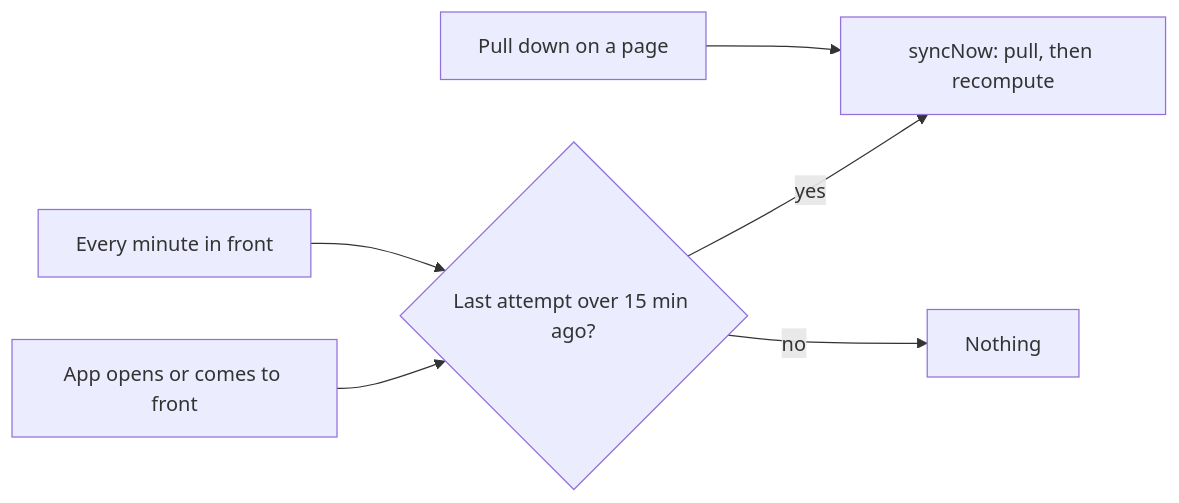
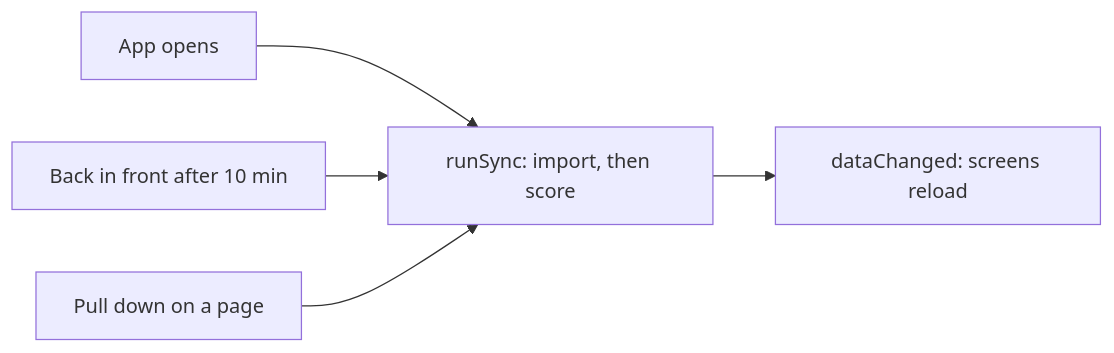
One commit to Gwadaboy75/pulse-mobile changed the third of 7 diagrams in docs/learning.md. Above: the diagram before and after it, drawn with Mermaid. The commit also changed other lines of this file and 7 other files, not shown here.

````diff
--- a/docs/learning.md
+++ b/docs/learning.md
@@ -436,8 +379,7 @@
 ```mermaid
 flowchart LR
-  Open[App opens or comes to front] --> Check{Last attempt over 15 min ago?}
-  Minute[Every minute in front] --> Check
-  Check -->|yes| Sync[syncNow: pull, then recompute]
-  Check -->|no| Wait[Nothing]
-  Pull[Pull down on a page] --> Sync
+  Boot[App opens] --> Run[runSync: import, then score]
+  Front[Back in front after 10 min] --> Run
+  Pull[Pull down on a page] --> Run
+  Run --> Bump[dataChanged: screens reload]
 ```
````
